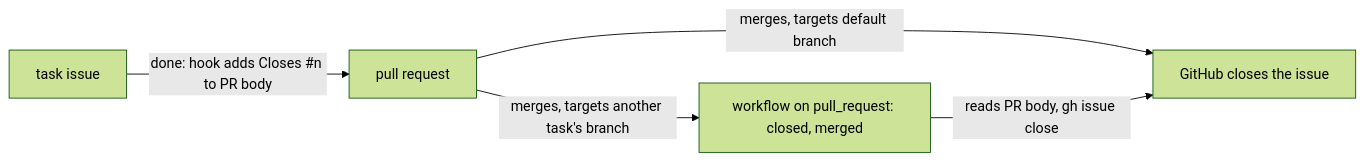
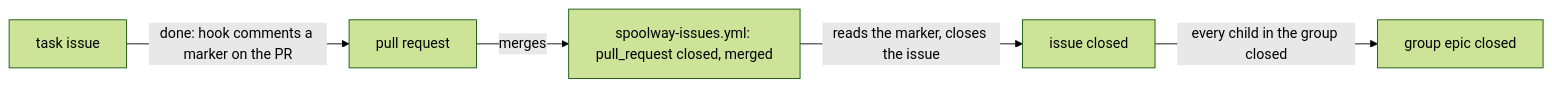
Before and after one commit to marvingygas/spoolway: the second of 2 diagrams in docs/configuration.md, drawn with Mermaid (forest theme). The commit also changed other lines of this file and 16 other files, not shown here.

Commit message:
feat(init): ship the issue hook and the workflow that closes an issue, and make init re-runnable

````diff
--- a/docs/configuration.md
+++ b/docs/configuration.md
@@ -436,7 +424,7 @@
 ```mermaid
 flowchart LR
-  Task[task issue] -->|done: hook adds Closes #n to PR body| PR[pull request]
-  PR -->|merges, targets default branch| Closed[GitHub closes the issue]
-  PR -->|merges, targets another task's branch| Workflow[workflow on pull_request: closed, merged]
-  Workflow -->|reads PR body, gh issue close| Closed
+  Task[task issue] -->|done: hook comments a marker on the PR| PR[pull request]
+  PR -->|merges| Workflow[spoolway-issues.yml: pull_request closed, merged]
+  Workflow -->|reads the marker, closes the issue| Closed[issue closed]
+  Closed -->|every child in the group closed| Epic[group epic closed]
 ```
````
